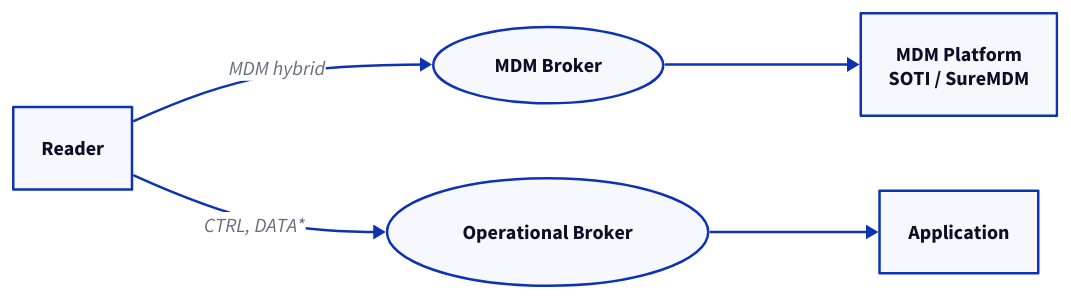
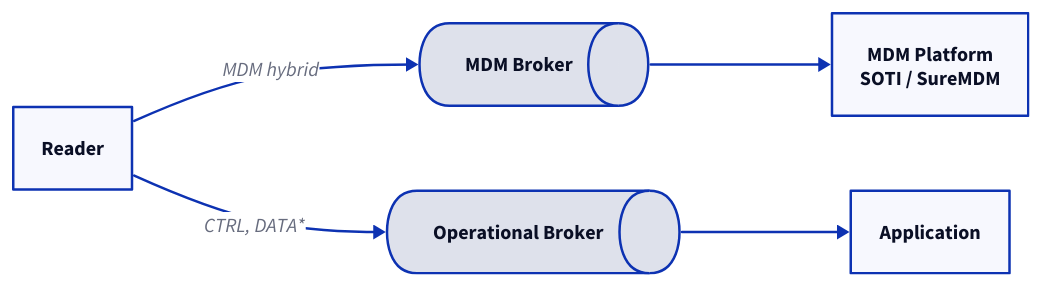
One commit to admiral-ai/zebra-handheld-rfid-iotc changed the third of 3 diagrams in docs/infrastructure/endpoints/multi-endpoint.md. Above: the diagram before and after it, drawn with D2. The commit also changed other lines of this file and 40 other files, not shown here.

First line of the commit message:
Redesign all 54 D2 diagrams to a unified visual system

````diff
--- a/docs/infrastructure/endpoints/multi-endpoint.md
+++ b/docs/infrastructure/endpoints/multi-endpoint.md
@@ -50,12 +52,13 @@
 ```d2
 direction: right
 R: Reader
-BM: MDM Broker { shape: oval }
-BO: Operational Broker { shape: oval }
+BM: MDM Broker { shape: queue }
+BO: Operational Broker { shape: queue }
 M: "MDM Platform\nSOTI / SureMDM"
 A: Application
 R -> BM: MDM hybrid
 R -> BO: "CTRL, DATA*"
 BM -> M
 BO -> A
+
 ```
````
